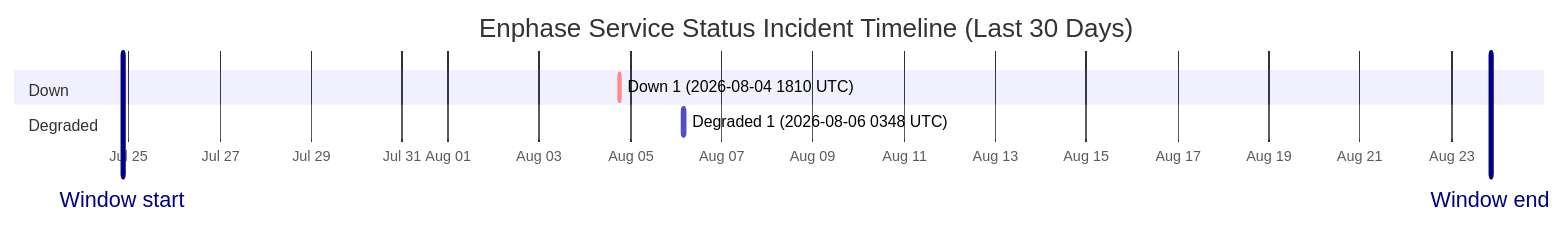
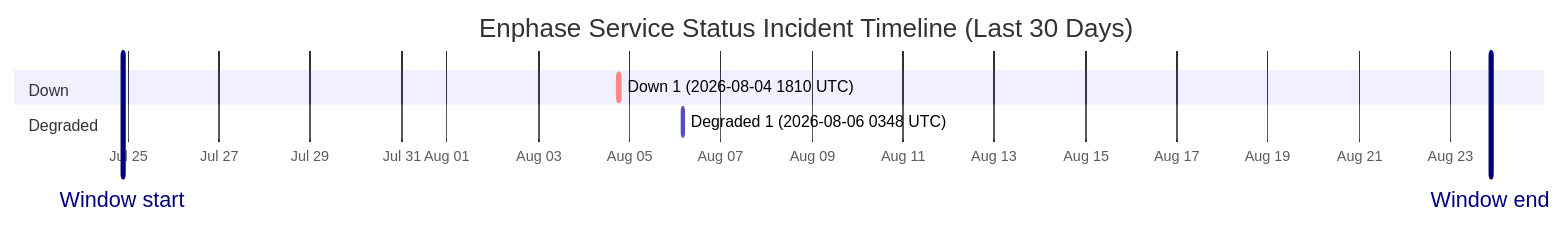
The diagram in wiki/Service-Status-History.md (barneyonline/ha-enphase-energy), drawn with Mermaid before and after one commit. The commit also changed other lines of this file and 3 other files, not shown here.

````diff
--- a/wiki/Service-Status-History.md
+++ b/wiki/Service-Status-History.md
@@ -14,12 +14,12 @@
 ```mermaid
 gantt
     title Enphase Service Status Incident Timeline (Last 30 Days)
     dateFormat  YYYY-MM-DDTHH:mm:ss
     axisFormat  %b %d
-    Window start :vert, window-start, 2026-07-24T20:48:07, 0ms
-    Window end :vert, window-end, 2026-08-23T20:48:07, 0ms
+    Window start :vert, window-start, 2026-07-24T21:19:27, 0ms
+    Window end :vert, window-end, 2026-08-23T21:19:27, 0ms
     section Down
     Down 1 (2026-08-04 1810 UTC) :crit, down-1, 2026-08-04T18:10:46, 60m
     section Degraded
     Degraded 1 (2026-08-06 0348 UTC) :active, degraded-1, 2026-08-06T03:48:14, 60m
 ```
````
